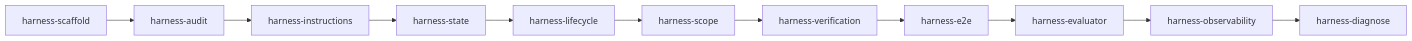
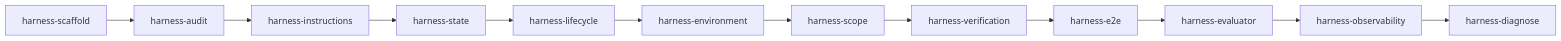
The second of 2 diagrams in README.md (solanodz/harness-engineering-skills), drawn with Mermaid before and after one commit. The commit also changed other lines of this file and 10 other files, not shown here.

First line of the commit message:
feat: add harness-environment skill (v1.8.0)

````diff
--- a/README.md
+++ b/README.md
@@ -123,13 +124,14 @@
 ```mermaid
 flowchart LR
     A[harness-scaffold] --> B[harness-audit]
     B --> C[harness-instructions]
     C --> D[harness-state]
     D --> E[harness-lifecycle]
-    E --> F[harness-scope]
-    F --> G[harness-verification]
-    G --> H[harness-e2e]
-    H --> I[harness-evaluator]
-    I --> J[harness-observability]
-    J --> K[harness-diagnose]
+    E --> F[harness-environment]
+    F --> G[harness-scope]
+    G --> H[harness-verification]
+    H --> I[harness-e2e]
+    I --> J[harness-evaluator]
+    J --> K[harness-observability]
+    K --> L[harness-diagnose]
 ```
````
